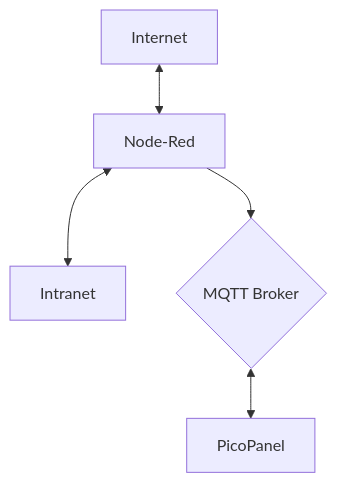
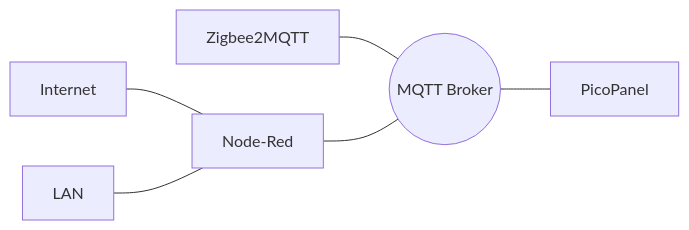
Before and after one commit to SMerrony/picopanel: the diagram in README.md, drawn with Mermaid.

Commit message:
Update Diagram

````diff
--- a/README.md
+++ b/README.md
@@ -4,7 +4,8 @@
 ```mermaid
-flowchart TD
-    A[Internet] <-->| | B[Node-Red]
-    B <-->| |D[Intranet]
-    B -->| |C{MQTT Broker}
-    C <-->| |E[PicoPanel]
+flowchart LR
+    I[Internet] --- | | R[Node-Red]
+    L[LAN] --- R
+    Z[Zigbee2MQTT] --- M
+    R ---| |M((MQTT Broker))
+    M ---| |P[PicoPanel]
 ```
````
